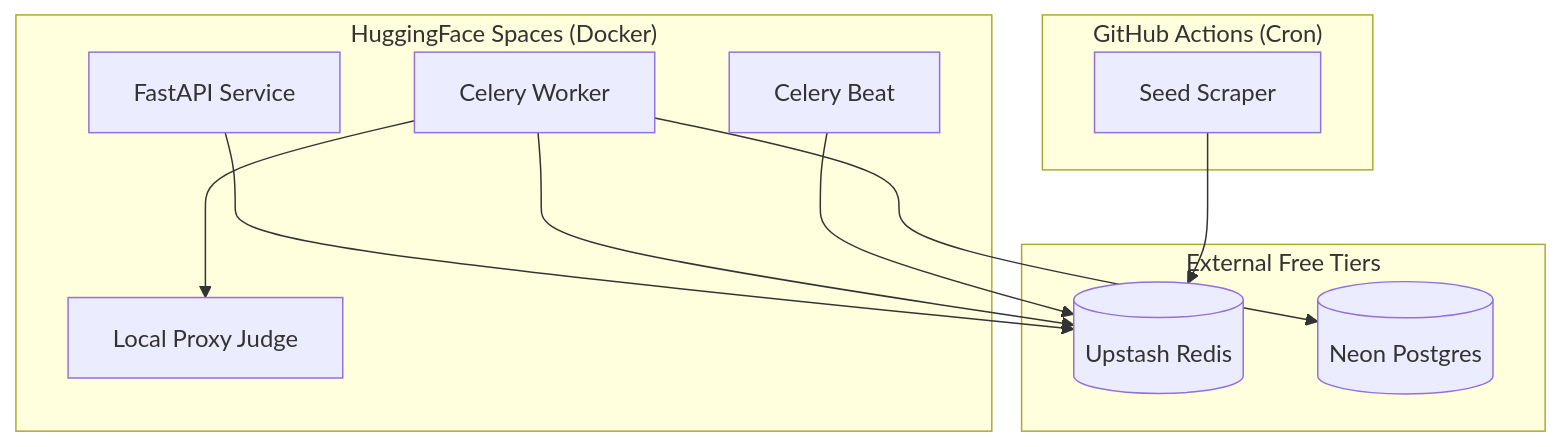
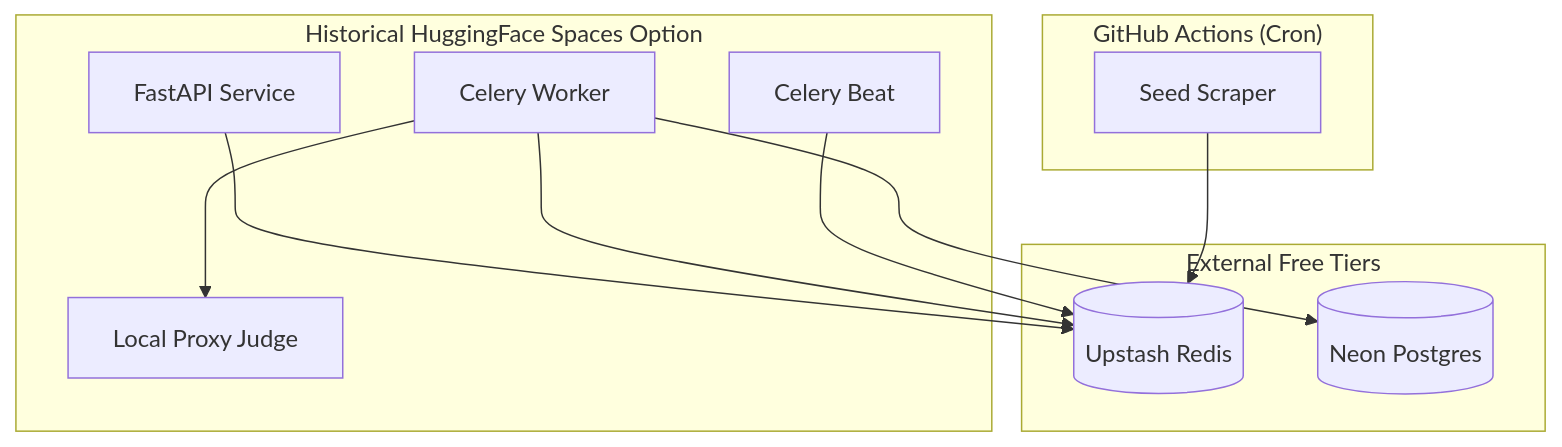
Before and after one commit to oyi77/1proxy: the first of 3 diagrams in docs/SDD.md, drawn with Mermaid. The commit also changed other lines of this file and 2 other files, not shown here.

First line of the commit message:
docs: update architecture status notes

````diff
--- a/docs/SDD.md
+++ b/docs/SDD.md
@@ -19,25 +21,25 @@
 ```mermaid
 graph TB
-    subgraph HF_Spaces["HuggingFace Spaces (Docker)"]
+    subgraph Historical_HF_Spaces["Historical HuggingFace Spaces Option"]
         API[FastAPI Service]
         CELERY_W[Celery Worker]
         CELERY_B[Celery Beat]
         JUDGE[Local Proxy Judge]
     end
 
     subgraph GitHub_Actions["GitHub Actions (Cron)"]
         SEED[Seed Scraper]
     end
 
     subgraph External_Storage["External Free Tiers"]
         REDIS[(Upstash Redis)]
         DB[(Neon Postgres)]
     end
 
     SEED --> REDIS
     API --> REDIS
     CELERY_W --> JUDGE
     CELERY_W --> REDIS
     CELERY_W --> DB
     CELERY_B --> REDIS
 ```
````
